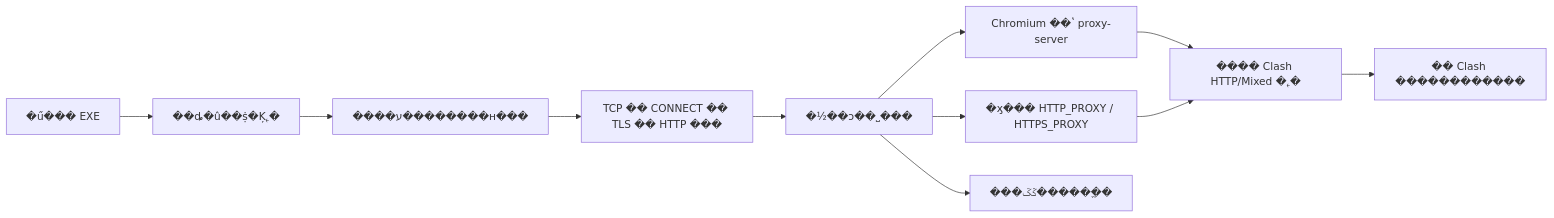
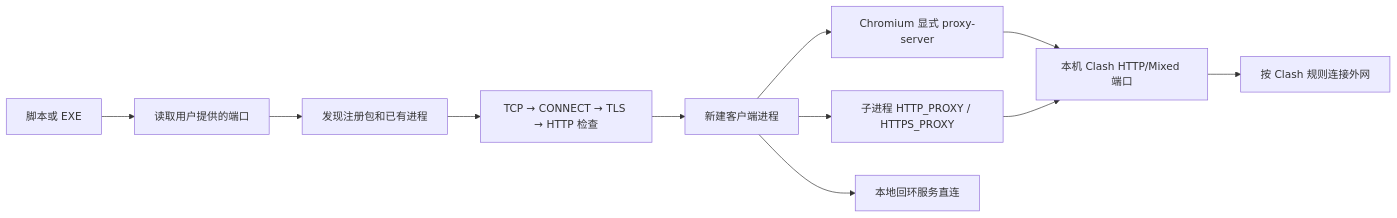
Before and after one commit to LiKa233/codex-windows-proxy-launcher: the diagram in README.md, drawn with Mermaid. The commit also changed other lines of this file and 3 other files, not shown here.

````diff
--- a/README.md
+++ b/README.md
@@ -86,13 +86,13 @@
 ```mermaid
 flowchart LR
-    L[�ű��� EXE] --> C[��ȡ�û��ṩ�Ķ˿�]
-    C --> P[����ע��������н���]
-    P --> N[TCP �� CONNECT �� TLS �� HTTP ���]
-    N --> E[�½��ͻ��˽���]
-    E --> B[Chromium ��ʽ proxy-server]
-    E --> R[�ӽ��� HTTP_PROXY / HTTPS_PROXY]
-    B --> X[���� Clash HTTP/Mixed �˿�]
+    L[脚本或 EXE] --> C[读取用户提供的端口]
+    C --> P[发现注册包和已有进程]
+    P --> N[TCP → CONNECT → TLS → HTTP 检查]
+    N --> E[新建客户端进程]
+    E --> B[Chromium 显式 proxy-server]
+    E --> R[子进程 HTTP_PROXY / HTTPS_PROXY]
+    B --> X[本机 Clash HTTP/Mixed 端口]
     R --> X
-    X --> I[�� Clash ������������]
-    E --> D[���ػػ�����ֱ��]
+    X --> I[按 Clash 规则连接外网]
+    E --> D[本地回环服务直连]
 ```
````
